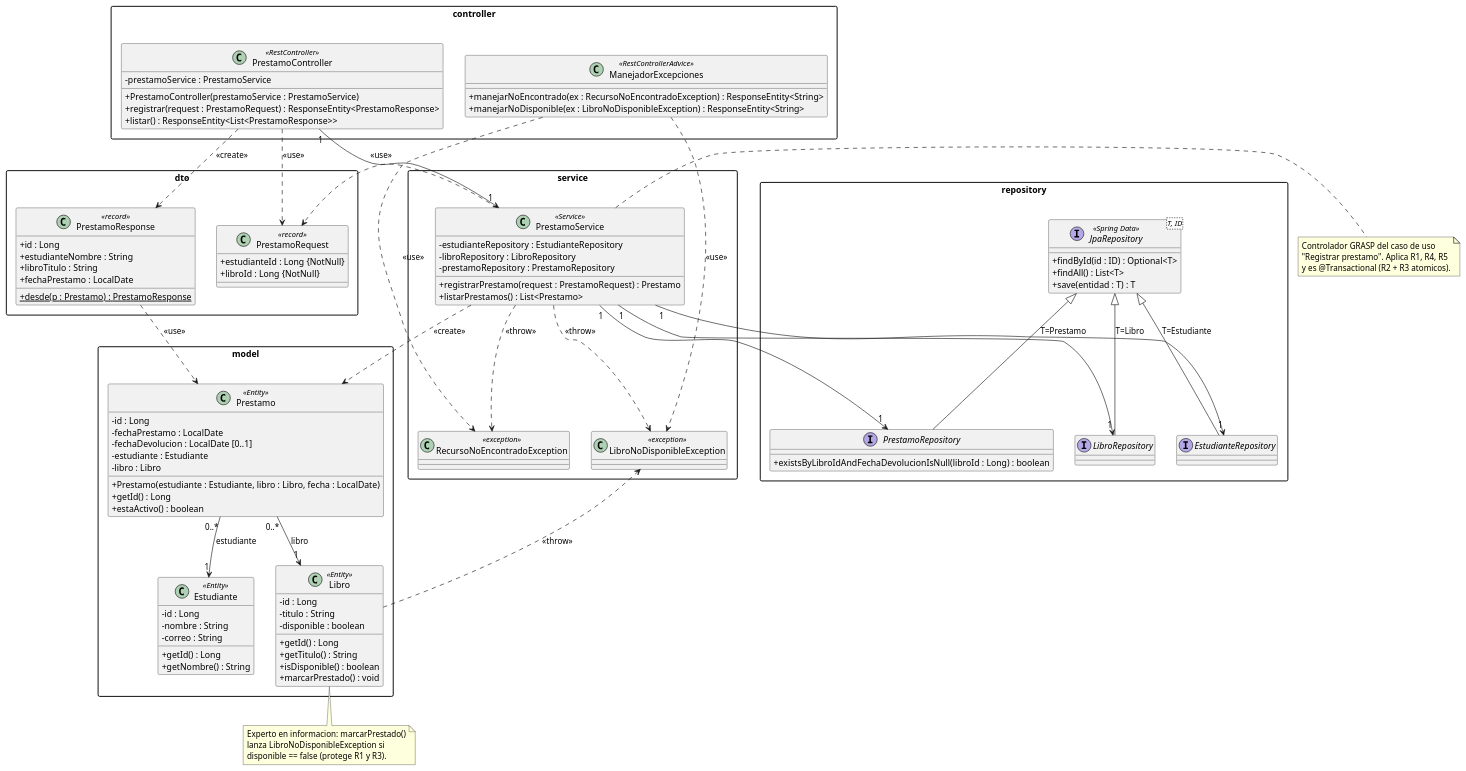
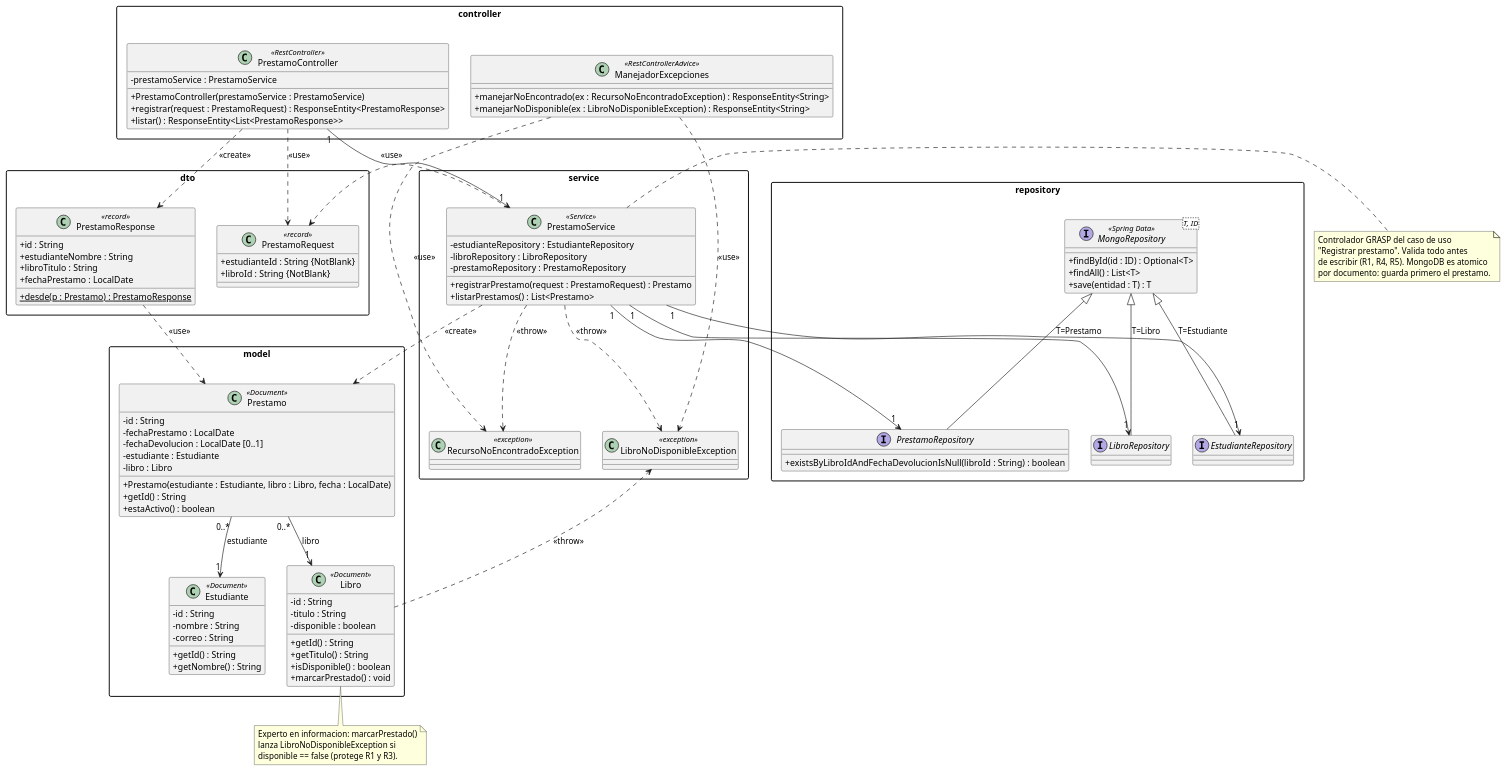
One commit to walterjojoa/TALLER-PRACTICO-BLOQUE-7 changed the diagram in diagramas/plantuml/02_diagrama_clases_capas.puml. Above: the diagram before and after it, drawn with PlantUML. The commit also changed 33 other files, not shown here.

```diff
--- a/diagramas/plantuml/02_diagrama_clases_capas.puml
+++ b/diagramas/plantuml/02_diagrama_clases_capas.puml
@@ -1,126 +1,127 @@
 @startuml 02_Diagrama_Clases_Por_Capas
 ' Actividad 3 - Modelo por capas: Controller -> Service -> Repository
 skinparam classAttributeIconSize 0
 skinparam shadowing false
 skinparam packageStyle rectangle
 
 package "controller" {
   class PrestamoController <<RestController>> {
     - prestamoService : PrestamoService
     + PrestamoController(prestamoService : PrestamoService)
     + registrar(request : PrestamoRequest) : ResponseEntity<PrestamoResponse>
     + listar() : ResponseEntity<List<PrestamoResponse>>
   }
   class ManejadorExcepciones <<RestControllerAdvice>> {
     + manejarNoEncontrado(ex : RecursoNoEncontradoException) : ResponseEntity<String>
     + manejarNoDisponible(ex : LibroNoDisponibleException) : ResponseEntity<String>
   }
 }
 
 package "dto" {
   class PrestamoRequest <<record>> {
-    + estudianteId : Long {NotNull}
-    + libroId : Long {NotNull}
+    + estudianteId : String {NotBlank}
+    + libroId : String {NotBlank}
   }
   class PrestamoResponse <<record>> {
-    + id : Long
+    + id : String
     + estudianteNombre : String
     + libroTitulo : String
     + fechaPrestamo : LocalDate
     + {static} desde(p : Prestamo) : PrestamoResponse
   }
 }
 
 package "service" {
   class PrestamoService <<Service>> {
     - estudianteRepository : EstudianteRepository
     - libroRepository : LibroRepository
     - prestamoRepository : PrestamoRepository
     + registrarPrestamo(request : PrestamoRequest) : Prestamo
     + listarPrestamos() : List<Prestamo>
   }
   class RecursoNoEncontradoException <<exception>>
   class LibroNoDisponibleException <<exception>>
 }
 
 package "repository" {
-  interface "JpaRepository<T, ID>" as JpaRepository <<Spring Data>> {
+  interface "MongoRepository<T, ID>" as MongoRepository <<Spring Data>> {
     + findById(id : ID) : Optional<T>
     + findAll() : List<T>
     + save(entidad : T) : T
   }
   interface EstudianteRepository
   interface LibroRepository
   interface PrestamoRepository {
-    + existsByLibroIdAndFechaDevolucionIsNull(libroId : Long) : boolean
+    + existsByLibroIdAndFechaDevolucionIsNull(libroId : String) : boolean
   }
 }
 
 package "model" {
-  class Estudiante <<Entity>> {
-    - id : Long
+  class Estudiante <<Document>> {
+    - id : String
     - nombre : String
     - correo : String
-    + getId() : Long
+    + getId() : String
     + getNombre() : String
   }
-  class Libro <<Entity>> {
-    - id : Long
+  class Libro <<Document>> {
+    - id : String
     - titulo : String
     - disponible : boolean
-    + getId() : Long
+    + getId() : String
     + getTitulo() : String
     + isDisponible() : boolean
     + marcarPrestado() : void
   }
-  class Prestamo <<Entity>> {
-    - id : Long
+  class Prestamo <<Document>> {
+    - id : String
     - fechaPrestamo : LocalDate
     - fechaDevolucion : LocalDate [0..1]
     - estudiante : Estudiante
     - libro : Libro
     + Prestamo(estudiante : Estudiante, libro : Libro, fecha : LocalDate)
-    + getId() : Long
+    + getId() : String
     + estaActivo() : boolean
   }
 }
 
 ' Relaciones estructurales entre capas (atributo inyectado por constructor)
 PrestamoController "1" --> "1" PrestamoService
 PrestamoService "1" --> "1" EstudianteRepository
 PrestamoService "1" --> "1" LibroRepository
 PrestamoService "1" --> "1" PrestamoRepository
 
 ' Generalizacion entre interfaces (Spring Data genera la implementacion en tiempo de ejecucion)
-JpaRepository <|-- EstudianteRepository : T=Estudiante
-JpaRepository <|-- LibroRepository : T=Libro
-JpaRepository <|-- PrestamoRepository : T=Prestamo
+MongoRepository <|-- EstudianteRepository : T=Estudiante
+MongoRepository <|-- LibroRepository : T=Libro
+MongoRepository <|-- PrestamoRepository : T=Prestamo
 
-' Asociaciones del dominio (navegables desde Prestamo, @ManyToOne)
+' Asociaciones del dominio (navegables desde Prestamo, @DocumentReference: se guardan los ids)
 Prestamo "0..*" --> "1" Estudiante : estudiante
 Prestamo "0..*" --> "1" Libro : libro
 
 ' Dependencias (uso puntual: parametro, retorno, creacion, excepcion)
 PrestamoController ..> PrestamoRequest : <<use>>
 PrestamoController ..> PrestamoResponse : <<create>>
 PrestamoService ..> PrestamoRequest : <<use>>
 PrestamoService ..> Prestamo : <<create>>
 PrestamoService ..> RecursoNoEncontradoException : <<throw>>
 PrestamoService ..> LibroNoDisponibleException : <<throw>>
 PrestamoResponse ..> Prestamo : <<use>>
 ManejadorExcepciones ..> RecursoNoEncontradoException : <<use>>
 ManejadorExcepciones ..> LibroNoDisponibleException : <<use>>
 Libro ..> LibroNoDisponibleException : <<throw>>
 
 note right of PrestamoService
   Controlador GRASP del caso de uso
-  "Registrar prestamo". Aplica R1, R4, R5
-  y es @Transactional (R2 + R3 atomicos).
+  "Registrar prestamo". Valida todo antes
+  de escribir (R1, R4, R5). MongoDB es atomico
+  por documento: guarda primero el prestamo.
 end note
 
 note bottom of Libro
   Experto en informacion: marcarPrestado()
   lanza LibroNoDisponibleException si
   disponible == false (protege R1 y R3).
 end note
 @enduml
```
